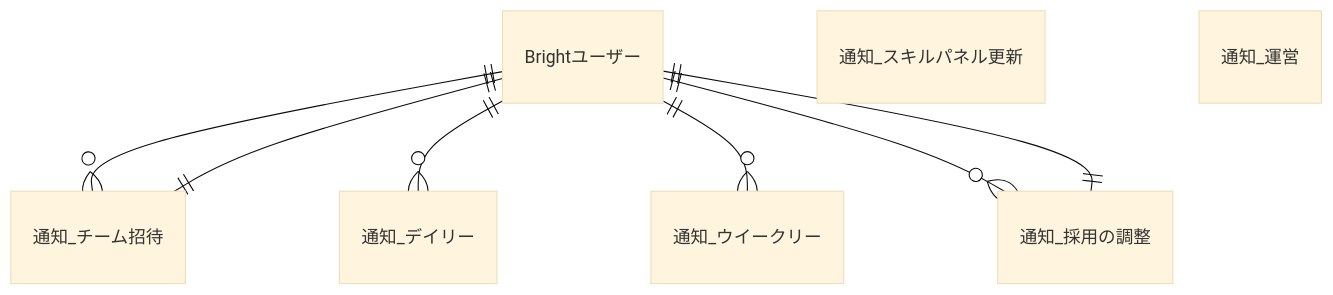
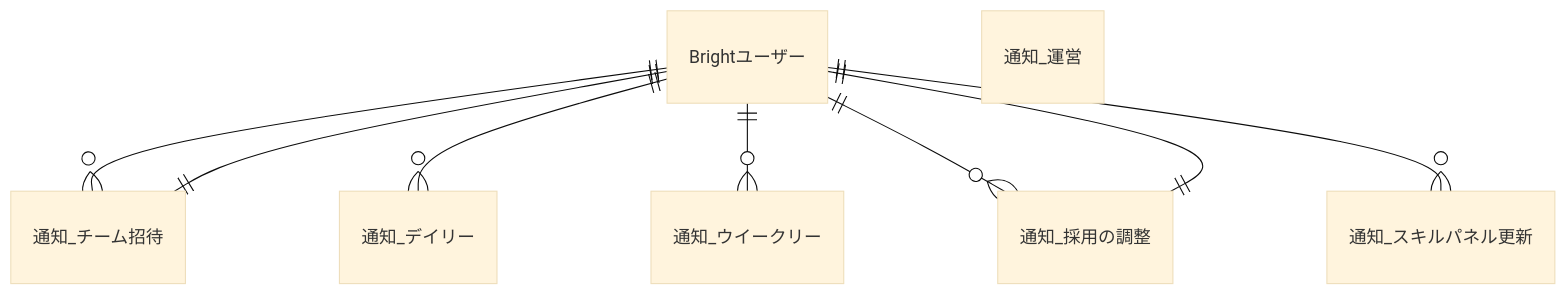
The second of 6 diagrams in docs/conceptual_schemas/notifications.md (bright-org/bright), drawn with Mermaid (base theme) before and after one commit. The commit also changed other lines of this file, not shown here.

```````diff
--- a/docs/conceptual_schemas/notifications.md
+++ b/docs/conceptual_schemas/notifications.md
@@ -21,15 +21,15 @@
 ```mermaid
 erDiagram
   "Brightユーザー" ||--o{ "通知_チーム招待" : ""
   "通知_チーム招待" ||--|| "Brightユーザー" : ""
 
   "Brightユーザー" ||--o{ "通知_デイリー" : ""
   "Brightユーザー" ||--o{ "通知_ウイークリー" : ""
 
   "Brightユーザー" ||--o{ "通知_採用の調整" : ""
   "通知_採用の調整" ||--|| "Brightユーザー" : ""
 
-  "通知_スキルパネル更新"
+  "Brightユーザー" ||--o{ "通知_スキルパネル更新" : ""
   "通知_運営"
 
 ``````
```````
